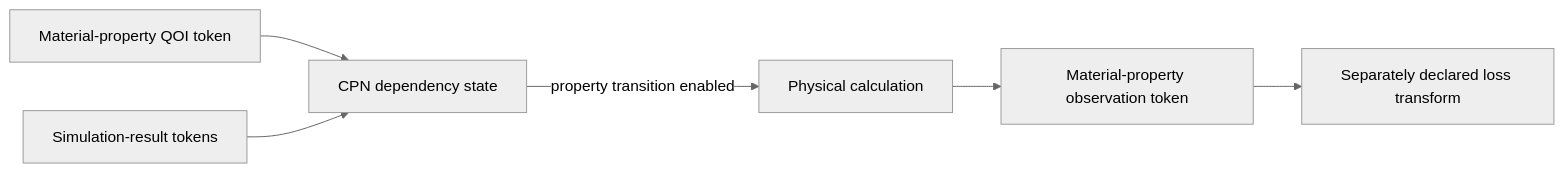
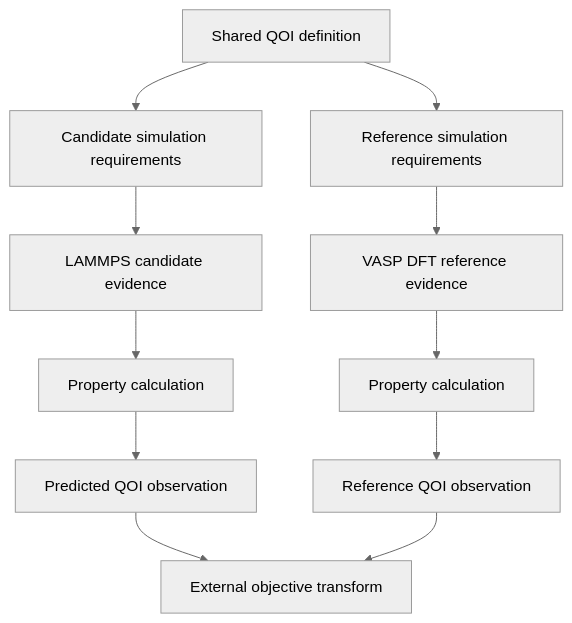
One commit to eragasa/projectkoios-frankenstein changed the diagram in docs/architecture/qoi-evaluation/architecture/index.md. Above: the diagram before and after it, drawn with Mermaid (neutral theme). The commit also changed other lines of this file and 385 other files, not shown here.

````diff
--- a/docs/architecture/qoi-evaluation/architecture/index.md
+++ b/docs/architecture/qoi-evaluation/architecture/index.md
@@ -8,8 +8,13 @@
 ```mermaid
-flowchart LR
-    Q[Material-property QOI token] --> C[CPN dependency state]
-    R[Simulation-result tokens] --> C
-    C -->|property transition enabled| P[Physical calculation]
-    P --> O[Material-property observation token]
-    O --> X[Separately declared loss transform]
+flowchart TD
+    Q[Shared QOI definition] --> CR[Candidate simulation requirements]
+    Q --> RR[Reference simulation requirements]
+    CR --> L[LAMMPS candidate evidence]
+    RR --> V[VASP DFT reference evidence]
+    L --> PC[Property calculation]
+    V --> PR[Property calculation]
+    PC --> CO[Predicted QOI observation]
+    PR --> RO[Reference QOI observation]
+    CO --> X[External objective transform]
+    RO --> X
 ```
````
